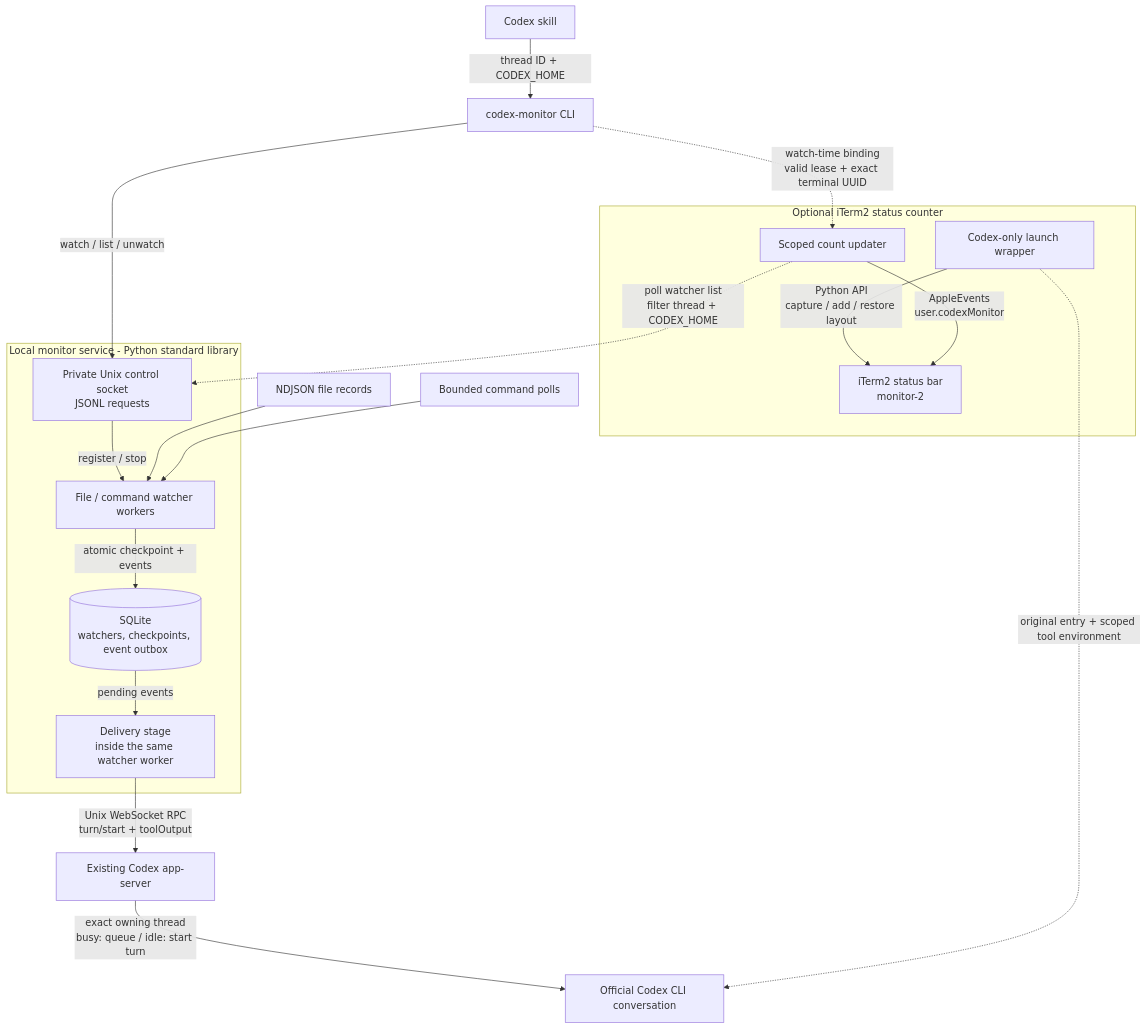
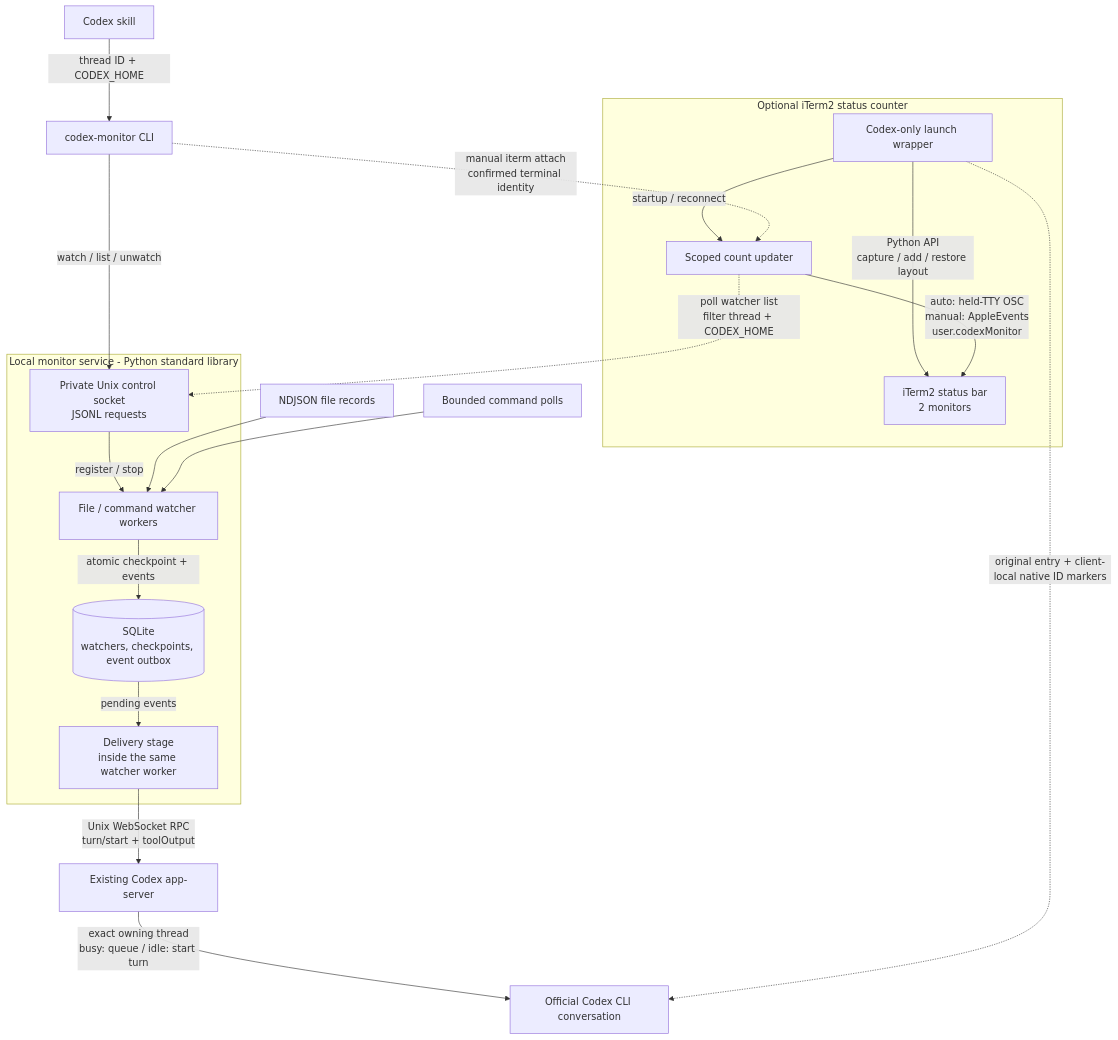
One commit to AbnerAI/codex-monitor changed the diagram in README.md. Above: the diagram before and after it, drawn with Mermaid. The commit also changed other lines of this file and 32 other files, not shown here.

````diff
--- a/README.md
+++ b/README.md
@@ -10,32 +10,33 @@
 ```mermaid
 flowchart TB
     skill["Codex skill"] -->|"thread ID + CODEX_HOME"| cli["codex-monitor CLI"]
 
     subgraph service["Local monitor service - Python standard library"]
         control["Private Unix control socket<br/>JSONL requests"]
         workers["File / command watcher workers"]
         store[("SQLite<br/>watchers, checkpoints, event outbox")]
         delivery["Delivery stage<br/>inside the same watcher worker"]
         control -->|"register / stop"| workers
         workers -->|"atomic checkpoint + events"| store
         store -->|"pending events"| delivery
     end
 
     cli -->|"watch / list / unwatch"| control
     files["NDJSON file records"] --> workers
     commands["Bounded command polls"] --> workers
     delivery -->|"Unix WebSocket RPC<br/>turn/start + toolOutput"| server["Existing Codex app-server"]
     server -->|"exact owning thread<br/>busy: queue / idle: start turn"| conversation["Official Codex CLI conversation"]
 
     subgraph iterm["Optional iTerm2 status counter"]
         launcher["Codex-only launch wrapper"]
         updater["Scoped count updater"]
-        bar["iTerm2 status bar<br/>monitor-2"]
+        bar["iTerm2 status bar<br/>2 monitors"]
         launcher -->|"Python API<br/>capture / add / restore layout"| bar
-        updater -->|"AppleEvents<br/>user.codexMonitor"| bar
+        launcher -->|"startup / reconnect"| updater
+        updater -->|"auto: held-TTY OSC<br/>manual: AppleEvents<br/>user.codexMonitor"| bar
     end
 
-    launcher -.->|"original entry + scoped tool environment"| conversation
-    cli -.->|"watch-time binding<br/>valid lease + exact terminal UUID"| updater
+    launcher -.->|"original entry + client-local native ID markers"| conversation
+    cli -.->|"manual iterm attach<br/>confirmed terminal identity"| updater
     updater -.->|"poll watcher list<br/>filter thread + CODEX_HOME"| control
 ```
````
